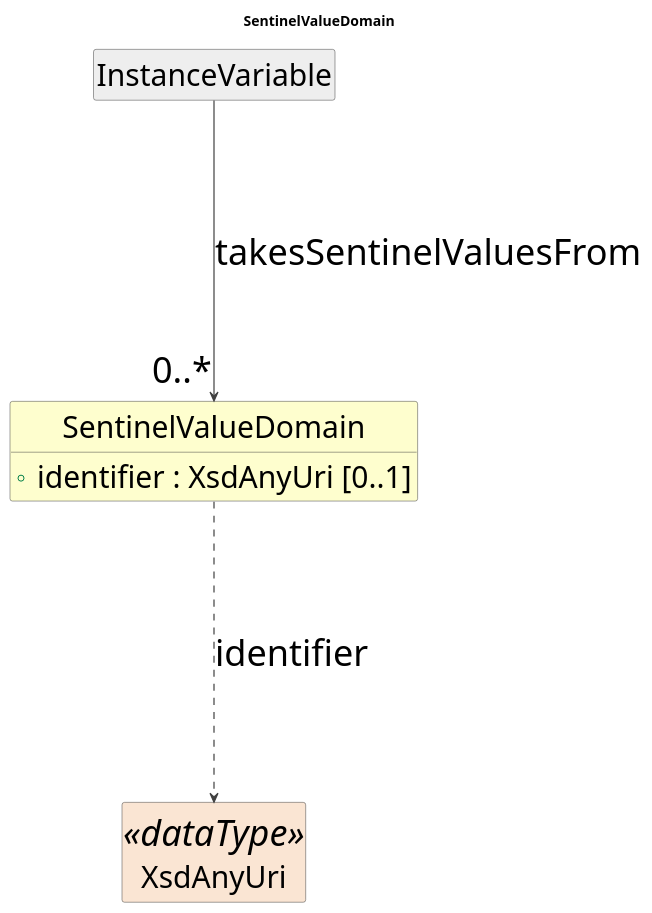
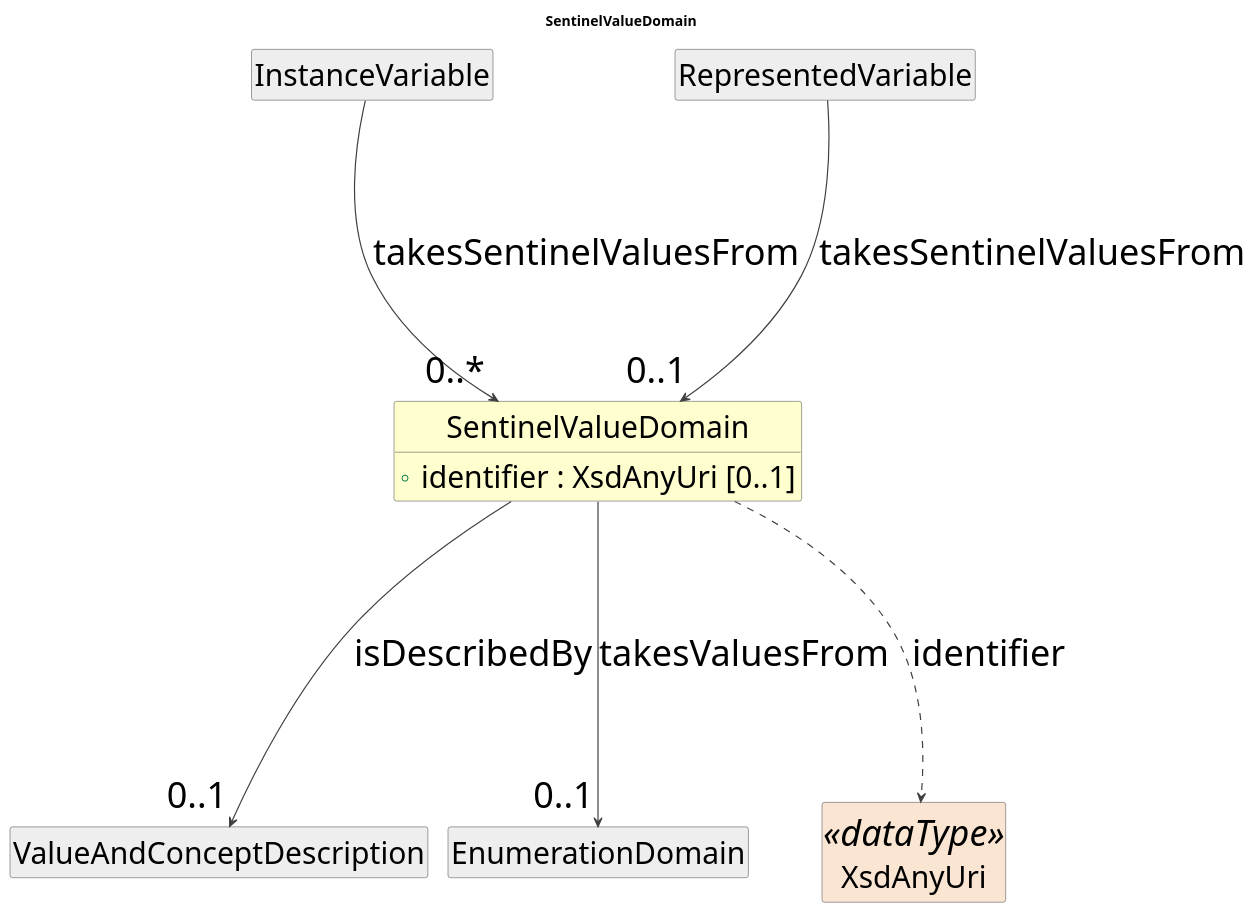
The diagram in cdif-uml-model/DiscoveryDataDescriptionStructure/Classes/SentinelValueDomain.pu (Cross-Domain-Interoperability-Framework/metadataBuildingBlocks), drawn with PlantUML before and after one commit. The commit also changed 500 other files, not shown here.

```diff
--- a/cdif-uml-model/DiscoveryDataDescriptionStructure/Classes/SentinelValueDomain.pu
+++ b/cdif-uml-model/DiscoveryDataDescriptionStructure/Classes/SentinelValueDomain.pu
@@ -1,25 +1,31 @@
 @startuml
 title SentinelValueDomain
 hide circle
 hide empty members
 skinparam shadowing false
 skinparam ArrowThickness 1.2
 skinparam ranksep 250
 skinparam nodesep 20
 skinparam defaultFontSize 36
 skinparam class {
   ArrowColor #404040
   BorderColor #404040
   FontSize 36
   AttributeFontSize 30
 }
 
 class "SentinelValueDomain" as SentinelValueDomain #FEFECE {
   +identifier : XsdAnyUri [0..1]
 }
 class "InstanceVariable" as InstanceVariable #EEEEEE
 InstanceVariable --> "0..*" SentinelValueDomain : takesSentinelValuesFrom
+class "ValueAndConceptDescription" as ValueAndConceptDescription #EEEEEE
+SentinelValueDomain --> "0..1" ValueAndConceptDescription : isDescribedBy
+class "EnumerationDomain" as EnumerationDomain #EEEEEE
+SentinelValueDomain --> "0..1" EnumerationDomain : takesValuesFrom
+class "RepresentedVariable" as RepresentedVariable #EEEEEE
+RepresentedVariable --> "0..1" SentinelValueDomain : takesSentinelValuesFrom
 class "XsdAnyUri" as XsdAnyUri <<dataType>> #FAE5D3
 SentinelValueDomain ..> XsdAnyUri : identifier
 
 @enduml
```
